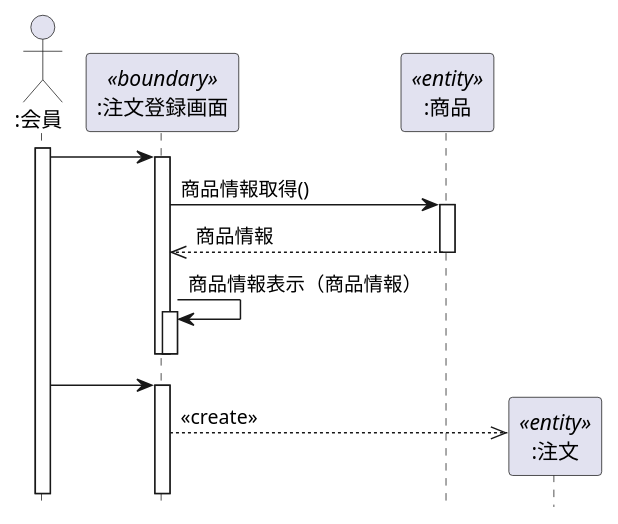
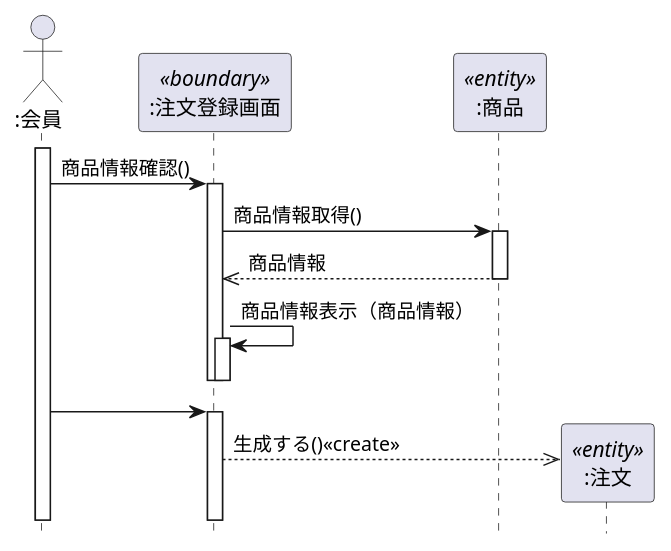
Before and after one commit to itouayumu/uml-introduction-: the diagram in 演習4-4_SD_商品注文.pu, drawn with PlantUML.

Commit message:
修正

```diff
--- a/演習4-4_SD_商品注文.pu
+++ b/演習4-4_SD_商品注文.pu
@@ -1,24 +1,24 @@
 @startuml
 hide footbox
 Actor ":会員" as a1
 participant ":注文登録画面" as a2 <<boundary>>
 participant ":商品" as a3 <<entity>>
 participant ":注文" as a4 <<entity>>
 activate a1
-a1->a2
+a1->a2:商品情報確認()
     activate a2
        
     a2->a3:商品情報取得()
     activate a3
     a3-->>a2:商品情報
      deactivate a3
     a2->a2:商品情報表示（商品情報）
      activate a2
      deactivate a2
     deactivate a2
     a1->a2:
     activate a2
     create a4
-    a2-->>a4:<<create>>
+    a2-->>a4:生成する()<<create>>
    
 @enduml
```
